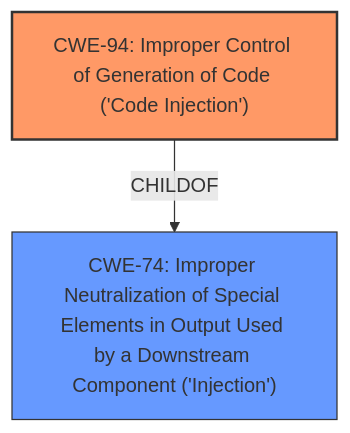
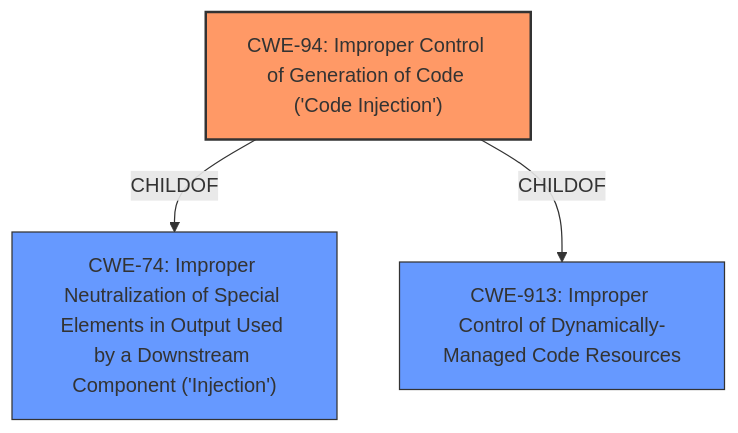
Before and after one commit to CyberSecAI/cwe_agent_assign_reports_2023: the diagram in CVE-2021-27065/CVE-2021-27065_analysis.md, drawn with Mermaid. The commit also changed other lines of this file and 902 other files, not shown here.

````diff
--- a/CVE-2021-27065/CVE-2021-27065_analysis.md
+++ b/CVE-2021-27065/CVE-2021-27065_analysis.md
@@ -16,13 +17,15 @@
 ```mermaid
 graph TD
     cwe94["CWE-94: Improper Control of Generation of Code ('Code Injection')"]
     cwe74["CWE-74: Improper Neutralization of Special Elements in Output Used by a Downstream Component ('Injection')"]
-
+    cwe913["CWE-913: Improper Control of Dynamically-Managed Code Resources"]
+    
     cwe94 -->|CHILDOF| cwe74
+    cwe94 -->|CHILDOF| cwe913
     
     classDef primary fill:#f96,stroke:#333,stroke-width:2px
     classDef secondary fill:#69f,stroke:#333
     classDef tertiary fill:#9e9,stroke:#333
     class cwe94 primary
-    class cwe74 secondary
+    class cwe74,cwe913 secondary
 ```
````
